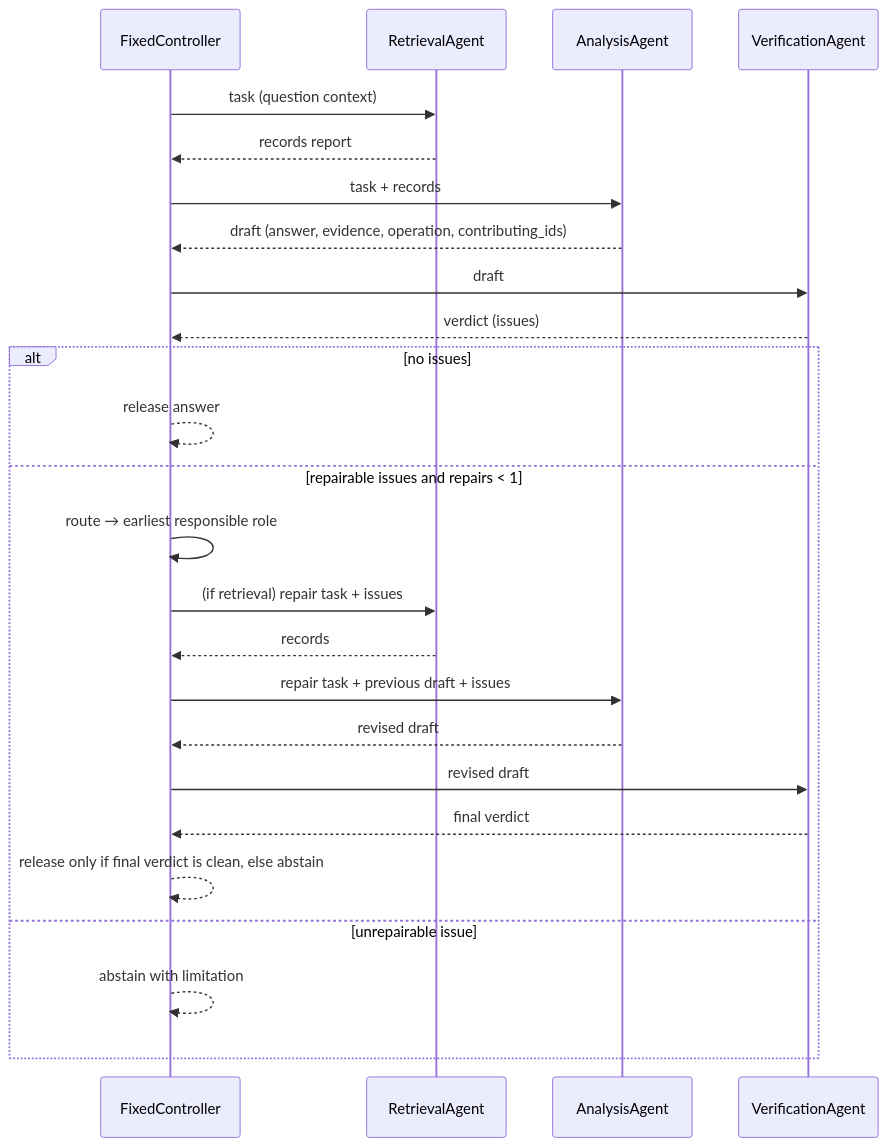
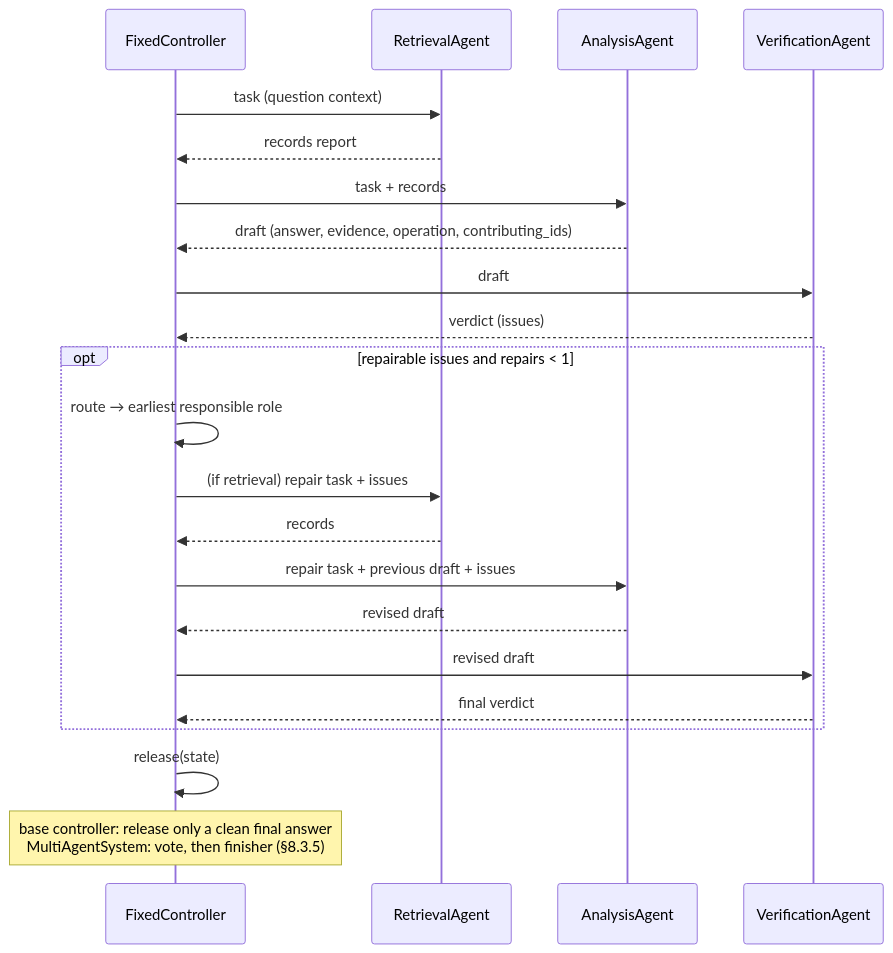
Before and after one commit to Akash-Jairam/CSE-5106-FHIR-Multi-Agent-System: the third of 3 diagrams in docs/architecture.md, drawn with Mermaid. The commit also changed other lines of this file, not shown here.

First line of the commit message:
docs: update the architecture walkthrough for multi-agent v2

````diff
--- a/docs/architecture.md
+++ b/docs/architecture.md
@@ -804,27 +857,24 @@
 ```mermaid
 sequenceDiagram
     participant C as FixedController
     participant R as RetrievalAgent
     participant A as AnalysisAgent
     participant V as VerificationAgent
     C->>R: task (question context)
     R-->>C: records report
     C->>A: task + records
     A-->>C: draft (answer, evidence, operation, contributing_ids)
     C->>V: draft
     V-->>C: verdict (issues)
-    alt no issues
-        C-->>C: release answer
-    else repairable issues and repairs < 1
+    opt repairable issues and repairs < 1
         C->>C: route → earliest responsible role
         C->>R: (if retrieval) repair task + issues
         R-->>C: records
         C->>A: repair task + previous draft + issues
         A-->>C: revised draft
         C->>V: revised draft
         V-->>C: final verdict
-        C-->>C: release only if final verdict is clean, else abstain
-    else unrepairable issue
-        C-->>C: abstain with limitation
     end
+    C->>C: release(state)
+    Note over C: base controller: release only a clean final answer<br/>MultiAgentSystem: vote, then finisher (§8.3.5)
 ```
````
